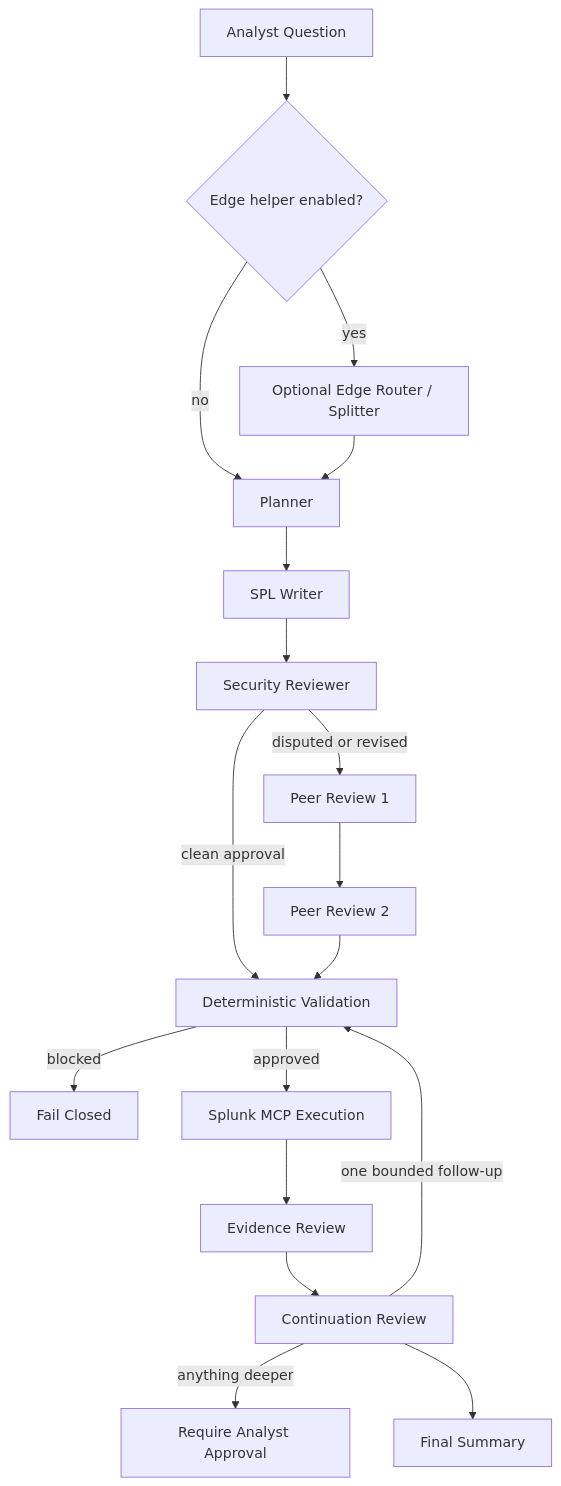
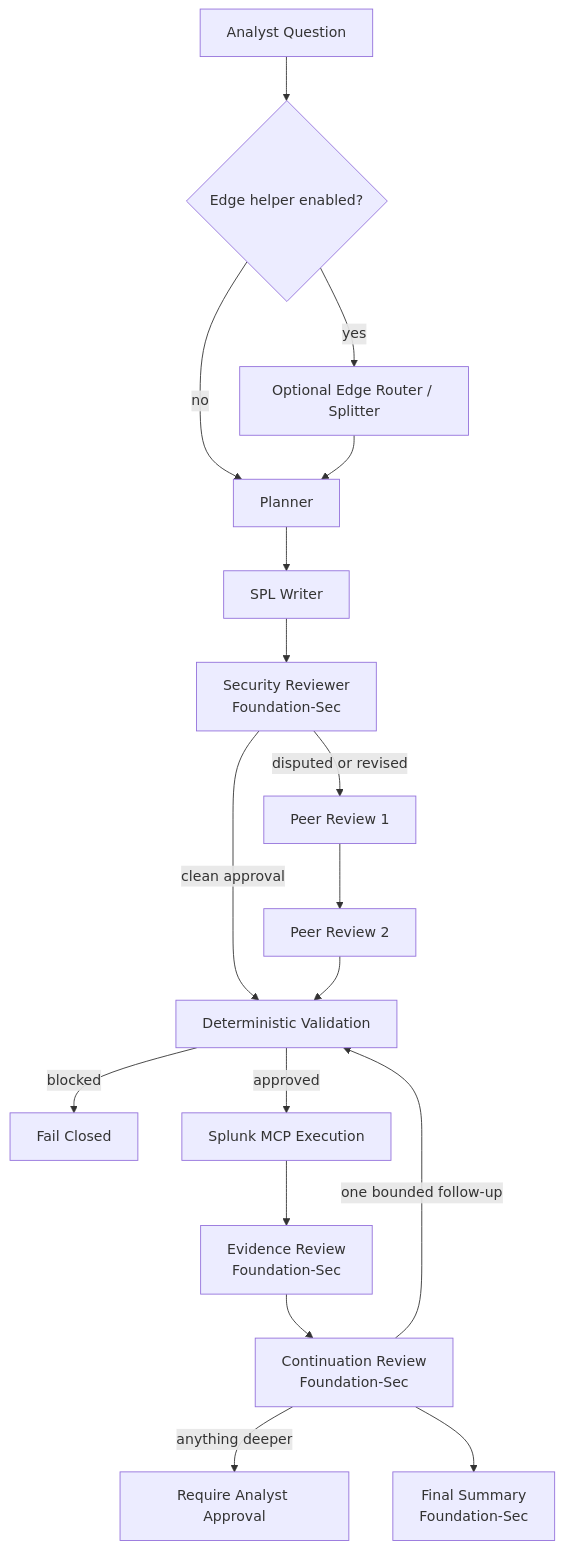
The second of 3 diagrams in docs/whitepapers/technical_deep_dive.md (gosplunk/agtsmith), drawn with Mermaid before and after one commit. The commit also changed other lines of this file and 14 other files, not shown here.

````diff
--- a/docs/whitepapers/technical_deep_dive.md
+++ b/docs/whitepapers/technical_deep_dive.md
@@ -101,20 +103,20 @@
 ```mermaid
 flowchart TD
     Q[Analyst Question] --> E{Edge helper enabled?}
     E -->|yes| ER[Optional Edge Router / Splitter]
     E -->|no| P[Planner]
     ER --> P
     P --> W[SPL Writer]
-    W --> R[Security Reviewer]
+    W --> R[Security Reviewer<br/>Foundation-Sec]
     R -->|clean approval| V[Deterministic Validation]
     R -->|disputed or revised| P1[Peer Review 1]
     P1 --> P2[Peer Review 2]
     P2 --> V
     V -->|blocked| X[Fail Closed]
     V -->|approved| M[Splunk MCP Execution]
-    M --> EV[Evidence Review]
-    EV --> C[Continuation Review]
+    M --> EV[Evidence Review<br/>Foundation-Sec]
+    EV --> C[Continuation Review<br/>Foundation-Sec]
     C -->|one bounded follow-up| V
     C -->|anything deeper| A[Require Analyst Approval]
-    C --> S[Final Summary]
+    C --> S[Final Summary<br/>Foundation-Sec]
 ```
````
